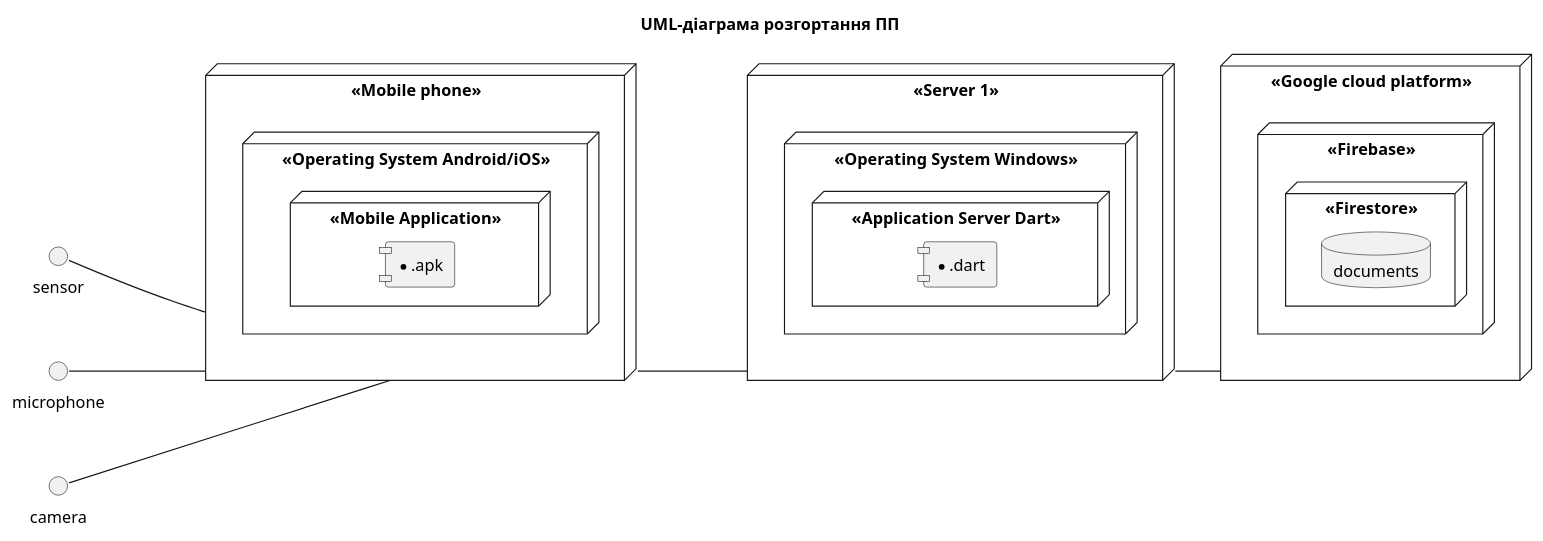
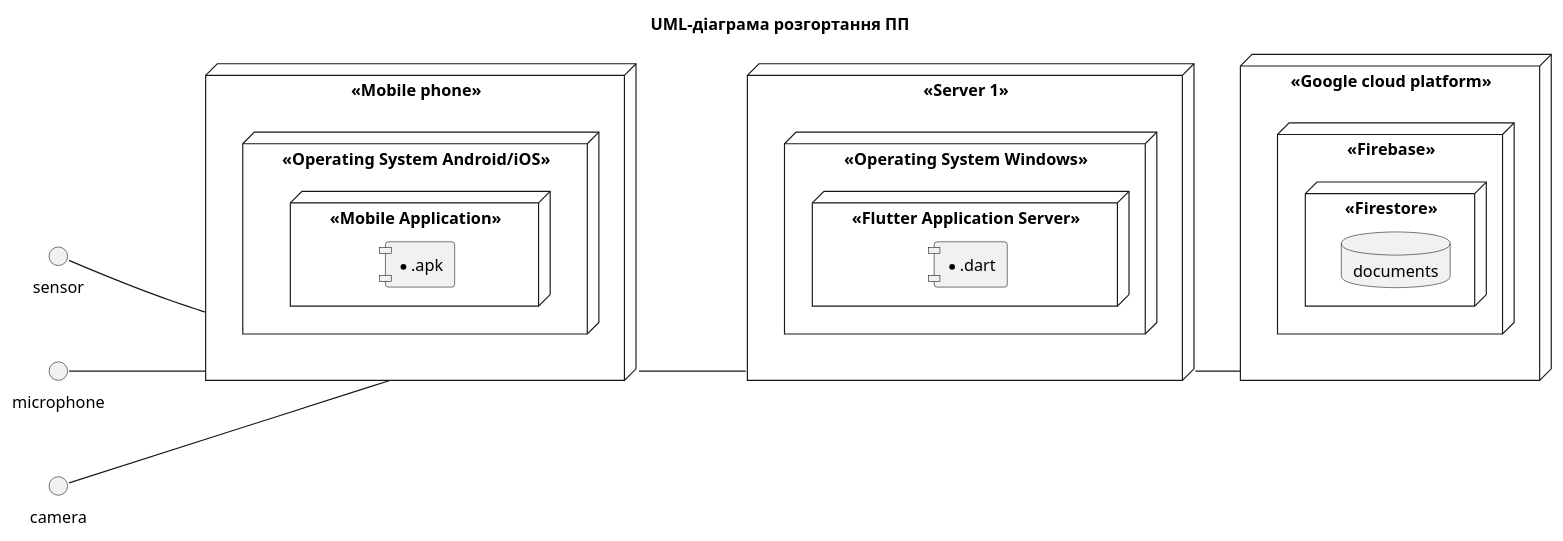
One commit to OS-IS/ai202-baranyuk changed the diagram in Laboratory-work-2/UML-Deployment.puml. Above: the diagram before and after it, drawn with PlantUML.

```diff
--- a/Laboratory-work-2/UML-Deployment.puml
+++ b/Laboratory-work-2/UML-Deployment.puml
@@ -1,49 +1,49 @@
 @startuml
 
 title UML-діаграма розгортання ПП
 
 left to right direction
 
 skinparam componentStyle uml1
 
 node "<<Mobile phone>>" as dk {
     node "<<Operating System Android/iOS>>" {
         node "<<Mobile Application>>" {
             component [*.apk]
         }
     }
 }
 
 interface sensor
 
 interface microphone
 
 interface camera
 
 sensor -- dk
 
 microphone -- dk
 
 camera -- dk
 
 node "<<Server 1>>" as serv1 {
 	node "<<Operating System Windows>>" as l1 {
-	    node "<<Application Server Dart>>" {
+	    node "<<Flutter Application Server>>" {
 		    component [*.dart]
 		}
 	}
 }
 
 dk -- serv1
 
 node "<<Google cloud platform>>" as serv2 {
 	node "<<Firebase>>" as l2 {
 	    node "<<Firestore>>" {
 		    database documents
 		}
 	}
 }
 
 serv1 -- serv2
 
 @enduml
```
